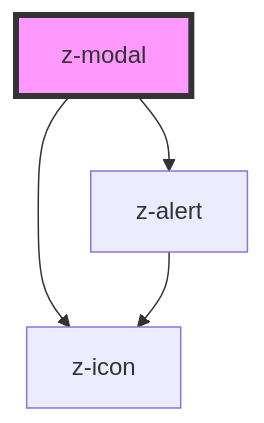
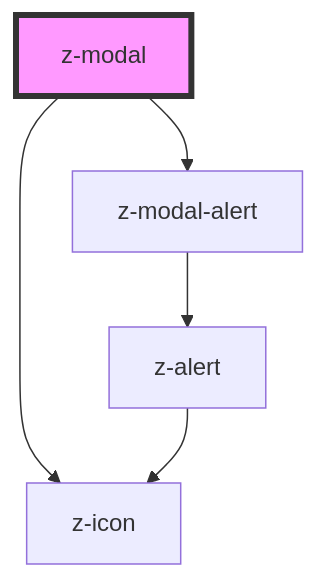
Before and after one commit to ZanichelliEditore/design-system: the diagram in src/components/modal/z-modal/readme.md, drawn with Mermaid. The commit also changed other lines of this file and 3 other files, not shown here.

````diff
--- a/src/components/modal/z-modal/readme.md
+++ b/src/components/modal/z-modal/readme.md
@@ -44,7 +48,8 @@
 ```mermaid
 graph TD;
-  z-modal --> z-alert
+  z-modal --> z-modal-alert
   z-modal --> z-icon
+  z-modal-alert --> z-alert
   z-alert --> z-icon
   style z-modal fill:#f9f,stroke:#333,stroke-width:4px
 ```
````
